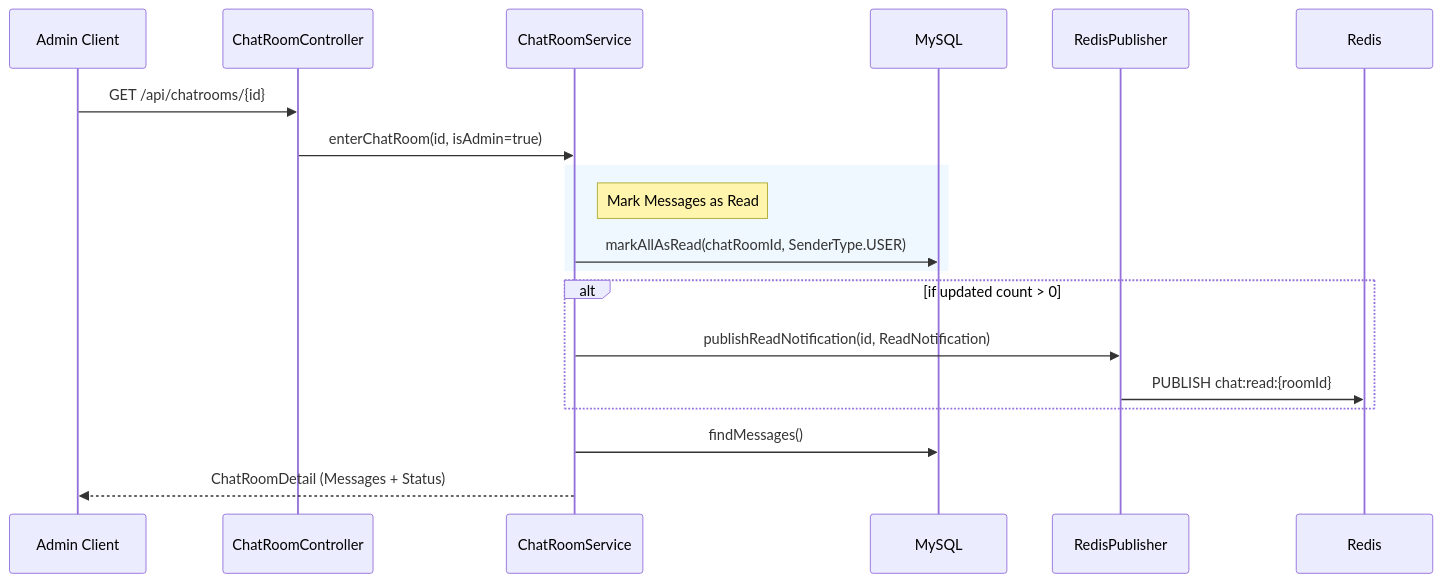
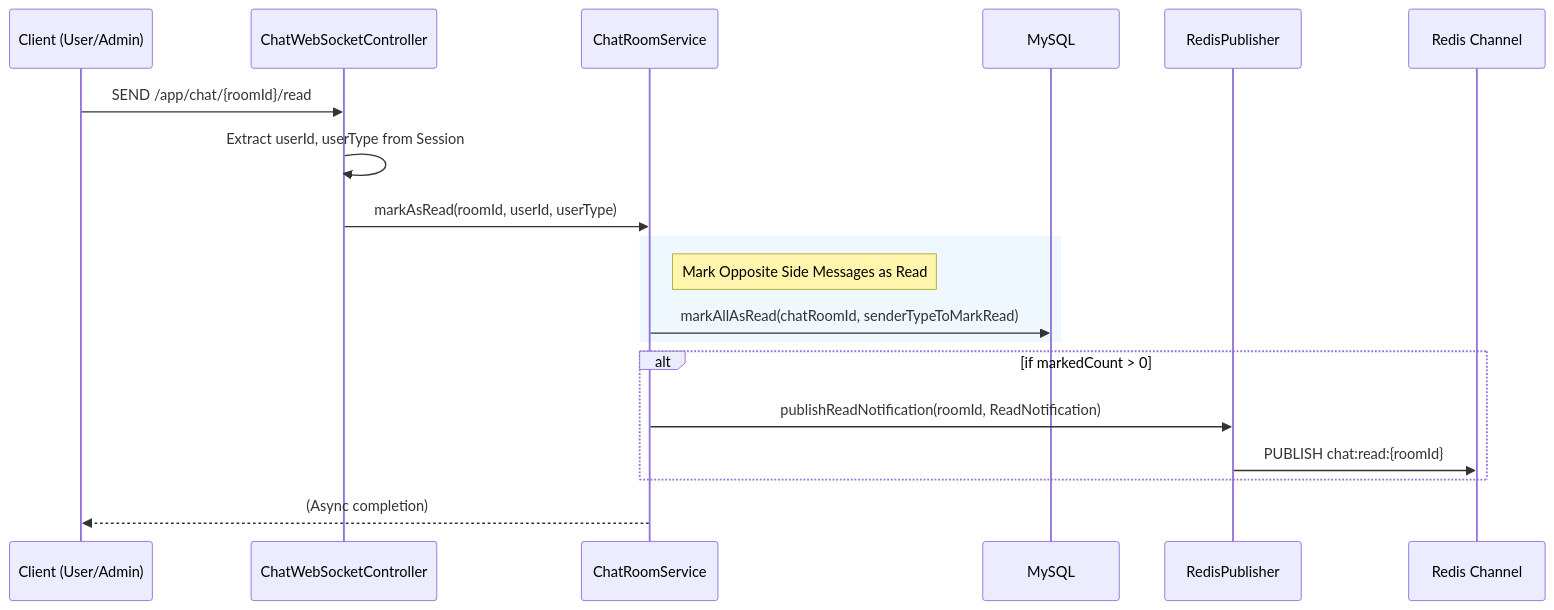
One commit to zooozoo/chat_poc changed the sixth of 10 diagrams in WORKFLOW_GUIDE.md. Above: the diagram before and after it, drawn with Mermaid. The commit also changed other lines of this file, not shown here.

````diff
--- a/WORKFLOW_GUIDE.md
+++ b/WORKFLOW_GUIDE.md
@@ -240,24 +292,25 @@
 ```mermaid
 sequenceDiagram
-    participant Admin as Admin Client
-    participant API as ChatRoomController
+    participant Client as Client (User/Admin)
+    participant WS as ChatWebSocketController
     participant S as ChatRoomService
     participant DB as MySQL
     participant Pub as RedisPublisher
+    participant Redis as Redis Channel
 
-    Admin->>API: GET /api/chatrooms/{id}
-    API->>S: enterChatRoom(id, isAdmin=true)
-    
+    Client->>WS: SEND /app/chat/{roomId}/read
+    WS->>WS: Extract userId, userType from Session
+    WS->>S: markAsRead(roomId, userId, userType)
+
     rect rgb(240, 248, 255)
-        Note right of S: Mark Messages as Read
-        S->>DB: markAllAsRead(chatRoomId, SenderType.USER)
+        Note right of S: Mark Opposite Side Messages as Read
+        S->>DB: markAllAsRead(chatRoomId, senderTypeToMarkRead)
     end
-    
-    alt if updated count > 0
-        S->>Pub: publishReadNotification(id, ReadNotification)
+
+    alt if markedCount > 0
+        S->>Pub: publishReadNotification(roomId, ReadNotification)
         Pub->>Redis: PUBLISH chat:read:{roomId}
     end
-    
-    S->>DB: findMessages()
-    S-->>Admin: ChatRoomDetail (Messages + Status)
+
+    S-->>Client: (Async completion)
 ```
````
